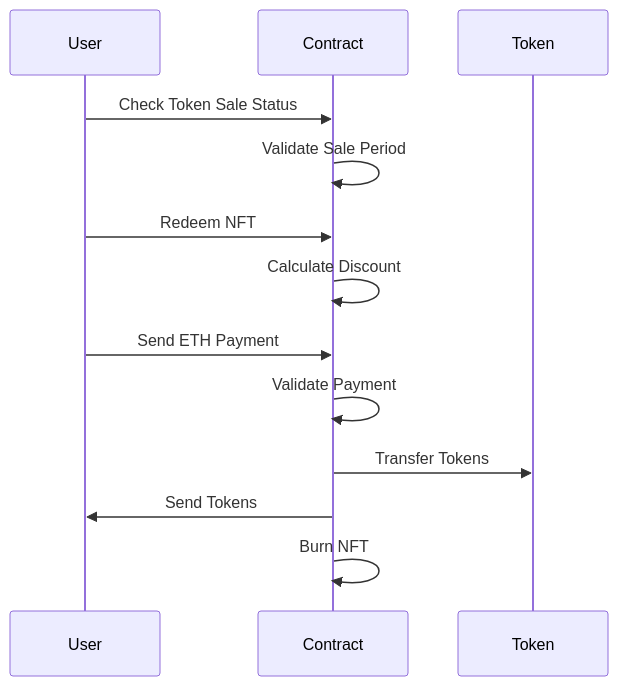
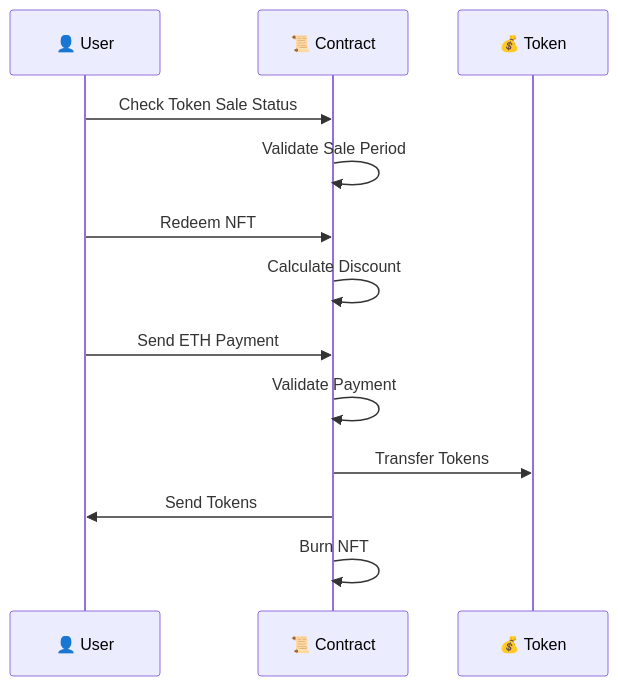
Before and after one commit to Vicent00/PioneroX: the third of 5 diagrams in README.md, drawn with Mermaid. The commit also changed other lines of this file, not shown here.

````diff
--- a/README.md
+++ b/README.md
@@ -47,16 +57,16 @@
 ```mermaid
 sequenceDiagram
-    participant User
-    participant Contract
-    participant Token
+    participant 👤 User
+    participant 📜 Contract
+    participant 💰 Token
     
-    User->>Contract: Check Token Sale Status
-    Contract->>Contract: Validate Sale Period
-    User->>Contract: Redeem NFT
-    Contract->>Contract: Calculate Discount
-    User->>Contract: Send ETH Payment
-    Contract->>Contract: Validate Payment
-    Contract->>Token: Transfer Tokens
-    Contract->>User: Send Tokens
-    Contract->>Contract: Burn NFT
+    👤 User->>📜 Contract: Check Token Sale Status
+    📜 Contract->>📜 Contract: Validate Sale Period
+    👤 User->>📜 Contract: Redeem NFT
+    📜 Contract->>📜 Contract: Calculate Discount
+    👤 User->>📜 Contract: Send ETH Payment
+    📜 Contract->>📜 Contract: Validate Payment
+    📜 Contract->>💰 Token: Transfer Tokens
+    📜 Contract->>👤 User: Send Tokens
+    📜 Contract->>📜 Contract: Burn NFT
 ```
````
